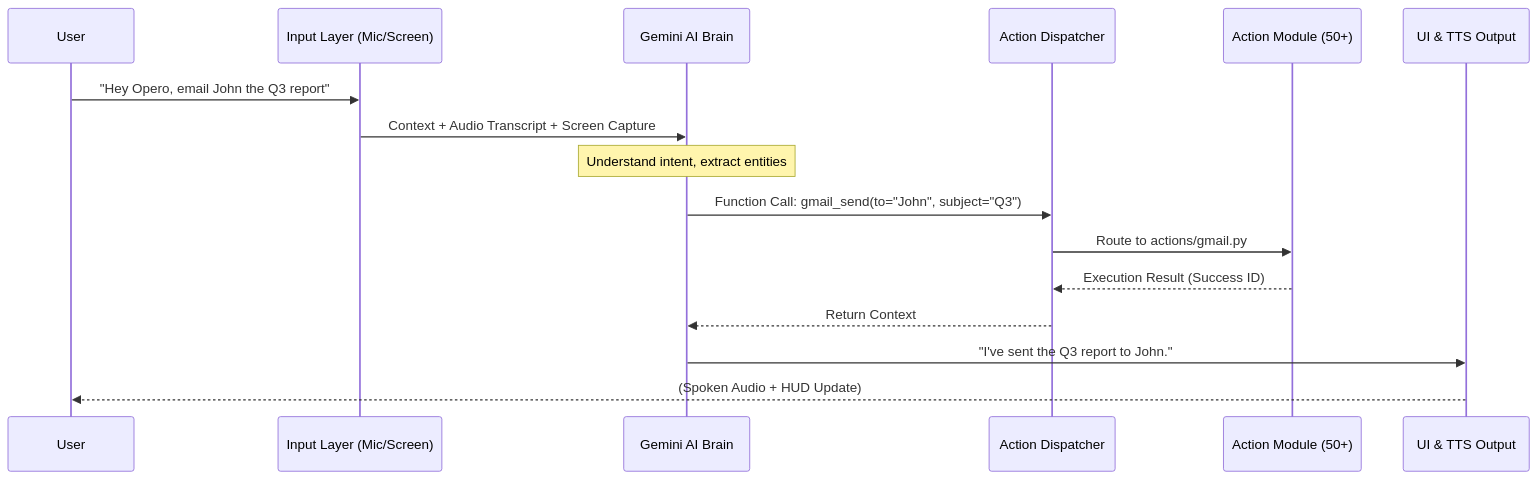
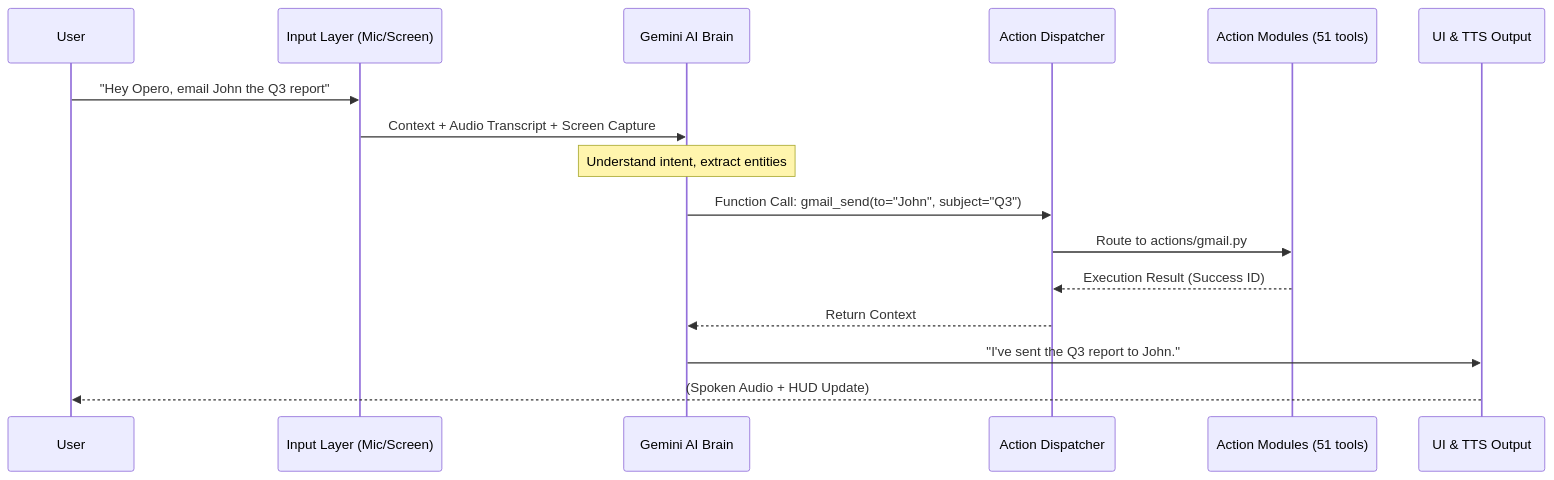
One commit to channallikrishnasai/The-Opero changed the first of 2 diagrams in README.md. Above: the diagram before and after it, drawn with Mermaid. The commit also changed other lines of this file and 63 other files, not shown here.

````diff
--- a/README.md
+++ b/README.md
@@ -41,19 +41,19 @@
 ```mermaid
 sequenceDiagram
     participant User as User
     participant Input as Input Layer (Mic/Screen)
     participant Brain as Gemini AI Brain
     participant Dispatch as Action Dispatcher
-    participant Module as Action Module (50+)
+    participant Module as Action Modules (51 tools)
     participant UI as UI & TTS Output
     
     User->>Input: "Hey Opero, email John the Q3 report"
     Input->>Brain: Context + Audio Transcript + Screen Capture
     Note over Brain: Understand intent, extract entities
     Brain->>Dispatch: Function Call: gmail_send(to="John", subject="Q3")
     Dispatch->>Module: Route to actions/gmail.py
     Module-->>Dispatch: Execution Result (Success ID)
     Dispatch-->>Brain: Return Context
     Brain->>UI: "I've sent the Q3 report to John."
     UI-->>User: (Spoken Audio + HUD Update)
 ```
````
